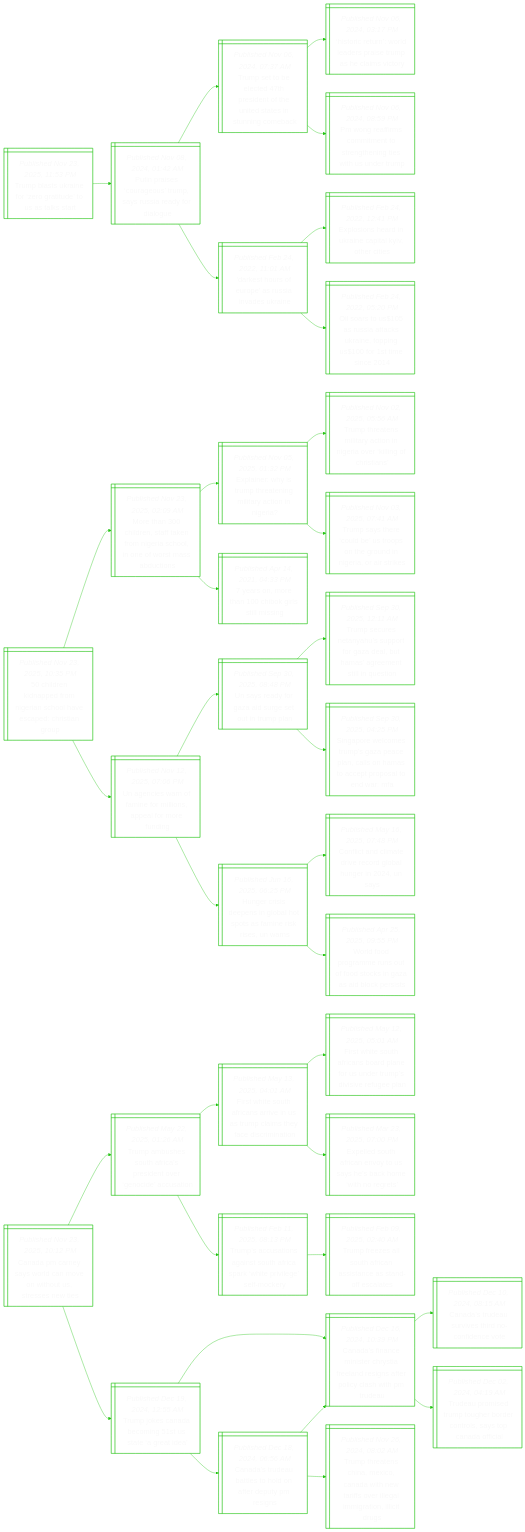
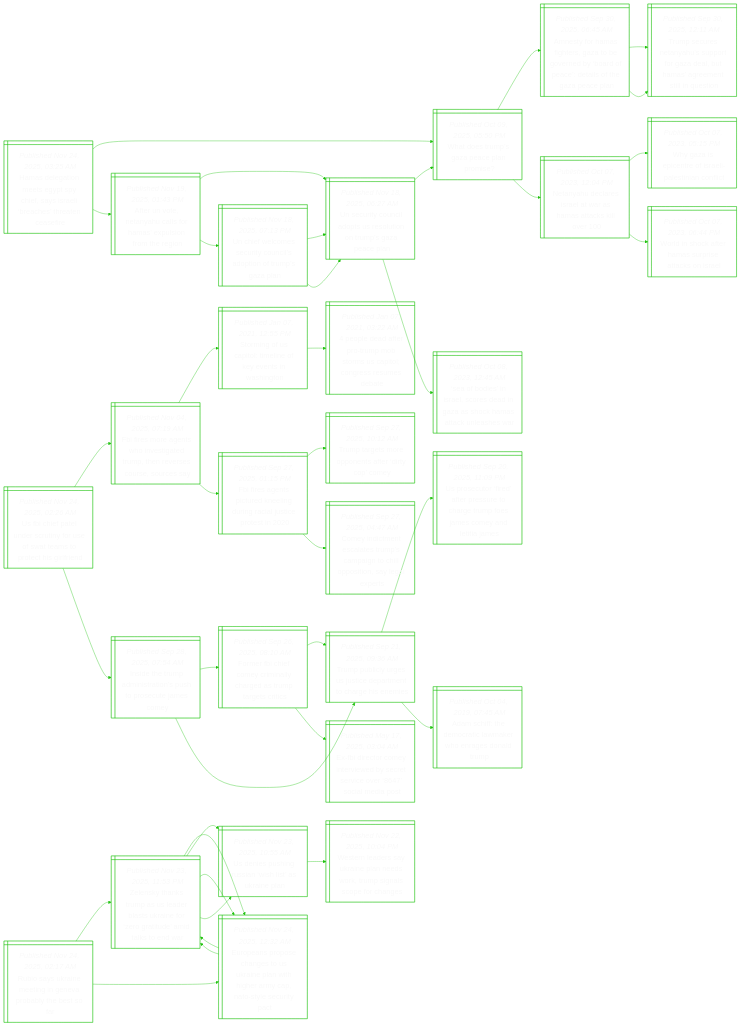
One commit to notJmes/notJmes changed the diagram in README.md. Above: the diagram before and after it, drawn with Mermaid. The commit also changed other lines of this file, not shown here.

````diff
--- a/README.md
+++ b/README.md
@@ -16,112 +16,124 @@
 flowchart LR
 classDef txtsize font-size:20px;
 
-Tbsirgtots@{ shape: win-pane, label: "_Published Nov 23, 2025, 11:53 PM_
-Trump blasts ukraine for ‘zero gratitude’ to us as talks start" }
-Pperumsiddg@{ shape: win-pane, label: "_Published Nov 08, 2024, 01:42 AM_
-Putin praises ‘courageous’ trump, says russia ready for dialogue" }
-TsbchioUdetne@{ shape: win-pane, label: "_Published Nov 06, 2024, 07:37 AM_
-Trump set to be elected 47th president of the united states in stunning comeback" }
-Hrtoessmemt@{ shape: win-pane, label: "_Published Nov 06, 2024, 03:17 PM_
-‘historic return’: world leaders praise trump as he claims victory" }
-PgfctteetiuT@{ shape: win-pane, label: "_Published Nov 06, 2024, 08:59 PM_
-Pm wong reaffirms commitment to strengthening ties with us under trump" }
-DsruasvUn@{ shape: win-pane, label: "_Published Feb 24, 2022, 11:01 AM_
-'darkest hours of europe' as russia invades ukraine" }
-Eshiaalocs@{ shape: win-pane, label: "_Published Feb 24, 2022, 12:41 PM_
-Explosions heard in ukraine capital kyiv, other cities" }
-OaUuakaogrmc@{ shape: win-pane, label: "_Published Feb 24, 2022, 05:20 PM_
-Oil soars to us$105 as russia attacks ukraine, topping us$100 for 1st time since 2014" }
-
-Tbsirgtots:::txtsize --> Pperumsiddg:::txtsize
-Pperumsiddg:::txtsize --> TsbchioUdetne:::txtsize
-TsbchioUdetne:::txtsize --> Hrtoessmemt:::txtsize
-TsbchioUdetne:::txtsize --> PgfctteetiuT:::txtsize
-Pperumsiddg:::txtsize --> DsruasvUn:::txtsize
-DsruasvUn:::txtsize --> Eshiaalocs:::txtsize
-DsruasvUn:::txtsize --> OaUuakaogrmc:::txtsize
-
-crdemrchsdsg@{ shape: win-pane, label: "_Published Nov 23, 2025, 10:35 PM_
-50 children kidnapped from nigerian school have escaped: christian group" }
-MhinfnNioowmbi@{ shape: win-pane, label: "_Published Nov 23, 2025, 02:09 AM_
-More than 300 children, staff taken from nigeria school, in one of worst mass abductions" }
-Eihrhematnr@{ shape: win-pane, label: "_Published Nov 05, 2025, 01:32 PM_
-Explainer: why is trump threatening military action in nigeria?" }
-TttiriNiriCt@{ shape: win-pane, label: "_Published Nov 02, 2025, 05:56 AM_
-Trump threatens military action in nigeria over ‘killing of christians’" }
-Tshoeonrierts@{ shape: win-pane, label: "_Published Nov 03, 2025, 07:41 AM_
-Trump says there ‘could be’ us troops on the ground in nigeria, or air strikes" }
-yoeCksli@{ shape: win-pane, label: "_Published Apr 14, 2021, 04:33 PM_
-7 years on, more than 100 chibok girls still missing" }
-Unwfnmopoei@{ shape: win-pane, label: "_Published Nov 12, 2025, 07:06 PM_
-Un agencies warn of famine for millions, appeal for more funding" }
-Usyadeurl@{ shape: win-pane, label: "_Published Sep 30, 2025, 08:48 PM_
-Un says ready for gaza aid surge set out in trump plan" }
+HdamEsiyareecf@{ shape: win-pane, label: "_Published Nov 24, 2025, 03:25 AM_
+Hamas delegation meets egypt spy chief, says israeli ‘breaches’ threaten ceasefire" }
+Wouaaam@{ shape: win-pane, label: "_Published Oct 09, 2025, 05:50 PM_
+What does trump’s gaza peace plan promise?" }
+AtHfezerydatoGel@{ shape: win-pane, label: "_Published Sep 30, 2025, 06:45 AM_
+Amnesty for hamas fighters, gaza to be governed by ‘board of peace’: details of the gaza peace plan" }
 Tseaupoabmrnluo@{ shape: win-pane, label: "_Published Sep 30, 2025, 12:11 AM_
 Trump secures netanyahu’s support for gaza deal, but hamas’ agreement still in question" }
-Speemzcnsmatooa@{ shape: win-pane, label: "_Published Sep 30, 2025, 04:25 PM_
-Singapore welcomes trump’s gaza peace plan, calls on hamas to accept proposal to end war: mfa" }
-Hripnasaisea@{ shape: win-pane, label: "_Published Jun 16, 2025, 06:25 PM_
-Hunger crisis deepens in global hot spots as famine risk rises, un warns" }
-Cidaiclhrs@{ shape: win-pane, label: "_Published May 16, 2025, 07:48 PM_
-Conflict and climate drive record global hunger in 2024, un says" }
-WFrmnodkaaors@{ shape: win-pane, label: "_Published Apr 25, 2025, 09:55 PM_
-World food programme runs out of food stocks in gaza as aid block persists" }
+Tseaupoabmrnluo@{ shape: win-pane, label: "_Published Sep 30, 2025, 12:11 AM_
+Trump secures netanyahu’s support for gaza deal, but hamas’ agreement still in question" }
+NyeeawHakl@{ shape: win-pane, label: "_Published Oct 07, 2023, 12:04 PM_
+Netanyahu declares israel at war as hamas attacks kill over 100" }
+WzptIleint@{ shape: win-pane, label: "_Published Oct 07, 2023, 05:15 PM_
+Why gaza is epicentre of israeli-palestinian conflict" }
+Wiceapaks@{ shape: win-pane, label: "_Published Oct 07, 2023, 06:44 PM_
+World in shock after hamas surprise attacks on israel" }
+AUencfmpome@{ shape: win-pane, label: "_Published Nov 19, 2025, 01:43 PM_
+After un vote, netanyahu calls for hamas’ expulsion from the region" }
+UuCipruomzcn@{ shape: win-pane, label: "_Published Nov 18, 2025, 06:27 AM_
+Un security council adopts us resolution on trump’s gaza peace plan" }
+Wouaaam@{ shape: win-pane, label: "_Published Oct 09, 2025, 05:50 PM_
+What does trump’s gaza peace plan promise?" }
+Sbsrcdnacaale@{ shape: win-pane, label: "_Published Oct 08, 2023, 12:45 AM_
+‘sea of bodies’ in israel, scores dead in gaza as shock hamas attack unleashes war" }
+UecSiustfpa@{ shape: win-pane, label: "_Published Nov 18, 2025, 07:13 PM_
+Un chief welcomes security council’s adoption of trump’s gaza plan" }
+UuCipruomzcn@{ shape: win-pane, label: "_Published Nov 18, 2025, 06:27 AM_
+Un security council adopts us resolution on trump’s gaza peace plan" }
+UuCipruomzcn@{ shape: win-pane, label: "_Published Nov 18, 2025, 06:27 AM_
+Un security council adopts us resolution on trump’s gaza peace plan" }
 
-crdemrchsdsg:::txtsize --> MhinfnNioowmbi:::txtsize
-MhinfnNioowmbi:::txtsize --> Eihrhematnr:::txtsize
-Eihrhematnr:::txtsize --> TttiriNiriCt:::txtsize
-Eihrhematnr:::txtsize --> Tshoeonrierts:::txtsize
-MhinfnNioowmbi:::txtsize --> yoeCksli:::txtsize
-crdemrchsdsg:::txtsize --> Unwfnmopoei:::txtsize
-Unwfnmopoei:::txtsize --> Usyadeurl:::txtsize
-Usyadeurl:::txtsize --> Tseaupoabmrnluo:::txtsize
-Usyadeurl:::txtsize --> Speemzcnsmatooa:::txtsize
-Unwfnmopoei:::txtsize --> Hripnasaisea:::txtsize
-Hripnasaisea:::txtsize --> Cidaiclhrs:::txtsize
-Hripnasaisea:::txtsize --> WFrmnodkaaors:::txtsize
+HdamEsiyareecf:::txtsize --> Wouaaam:::txtsize
+Wouaaam:::txtsize --> AtHfezerydatoGel:::txtsize
+AtHfezerydatoGel:::txtsize --> Tseaupoabmrnluo:::txtsize
+AtHfezerydatoGel:::txtsize --> Tseaupoabmrnluo:::txtsize
+Wouaaam:::txtsize --> NyeeawHakl:::txtsize
+NyeeawHakl:::txtsize --> WzptIleint:::txtsize
+NyeeawHakl:::txtsize --> Wiceapaks:::txtsize
+HdamEsiyareecf:::txtsize --> AUencfmpome:::txtsize
+AUencfmpome:::txtsize --> UuCipruomzcn:::txtsize
+UuCipruomzcn:::txtsize --> Wouaaam:::txtsize
+UuCipruomzcn:::txtsize --> Sbsrcdnacaale:::txtsize
+AUencfmpome:::txtsize --> UecSiustfpa:::txtsize
+UecSiustfpa:::txtsize --> UuCipruomzcn:::txtsize
+UecSiustfpa:::txtsize --> UuCipruomzcn:::txtsize
 
-CararnohSses@{ shape: win-pane, label: "_Published Nov 23, 2025, 10:12 PM_
-Canada pm carney says world can move on without us, stresses new ties" }
-Tahurpdvnesn@{ shape: win-pane, label: "_Published May 22, 2025, 01:26 AM_
-Trump ambushes south africa’s president over ‘genocide’ accusation" }
-FwSAarnTcsfimi@{ shape: win-pane, label: "_Published May 13, 2025, 04:01 AM_
-First white south africans arrive in us as trump claims they face discrimination" }
-FwSAaaarduivul@{ shape: win-pane, label: "_Published May 12, 2025, 05:01 AM_
-First white south africans board plane for us under trump’s divisive refugee plan" }
-Eluretashirt@{ shape: win-pane, label: "_Published Mar 23, 2025, 07:00 PM_
-Expelled south african envoy to us says he’s back home ‘with no regrets’" }
-Tssniofswplec@{ shape: win-pane, label: "_Published Feb 11, 2025, 08:13 PM_
-Trump’s accusations against south africa spark ‘white privilege’ self-mockery" }
-TfeSAaictfas@{ shape: win-pane, label: "_Published Feb 09, 2025, 02:40 AM_
-Trump freezes all south african assistance as stand-off escalates" }
-TjCamtard@{ shape: win-pane, label: "_Published Dec 19, 2024, 12:55 AM_
-Trump jokes canada becoming 51st us state ‘a great idea’" }
-CaaieyFasapyhPd@{ shape: win-pane, label: "_Published Dec 16, 2024, 10:39 PM_
-Canada’s finance minister chrystia freeland resigns after policy clash with pm trudeau" }
-Cadueroeo@{ shape: win-pane, label: "_Published Dec 10, 2024, 08:15 AM_
-Canada’s trudeau survives third no-confidence vote" }
-TamTtednstnfa@{ shape: win-pane, label: "_Published Dec 02, 2024, 04:19 AM_
-Trudeau promised trump tougher border controls, says top canada official" }
-CadaslfePi@{ shape: win-pane, label: "_Published Dec 18, 2024, 06:56 AM_
-Canada’s trudeau battles to hold on after deputy pm resigns" }
-CaaieyFasapyhPd@{ shape: win-pane, label: "_Published Dec 16, 2024, 10:39 PM_
-Canada’s finance minister chrystia freeland resigns after policy clash with pm trudeau" }
-TttheCanrollgoir@{ shape: win-pane, label: "_Published Nov 26, 2024, 08:02 AM_
-Trump threatens china, mexico, canada with new tariffs over illegal immigration, illicit drugs" }
+UcPusirftttiln@{ shape: win-pane, label: "_Published Nov 24, 2025, 02:26 AM_
+Us fbi chief patel under scrutiny for use of swat teams to protect his girlfriend" }
+Frrnostueececy@{ shape: win-pane, label: "_Published Nov 04, 2025, 07:19 AM_
+Fbi fires more agents who investigated trump, then reverses course, sources say" }
+SiUiinenWn@{ shape: win-pane, label: "_Published Jan 07, 2021, 12:55 PM_
+Storming of us capitol: timeline of key events in washington" }
+peapubmalrest@{ shape: win-pane, label: "_Published Jan 07, 2021, 03:22 AM_
+4 people dead after pro-trump mob storms us capitol; congress resumes debate" }
+Freieedgatrt@{ shape: win-pane, label: "_Published Sep 27, 2025, 01:15 PM_
+Fbi fires agents pictured kneeling during racial justice protest in 2020" }
+Tttenadcm@{ shape: win-pane, label: "_Published Sep 27, 2025, 10:12 AM_
+Trump targets more opponents after ‘dirty cop’ comey" }
+Citearcicoisgp@{ shape: win-pane, label: "_Published Sep 27, 2025, 04:47 AM_
+Comey indictment escalates trump’s campaign to chill opposition, say legal experts" }
+Ierdsiupcao@{ shape: win-pane, label: "_Published Sep 28, 2025, 07:54 AM_
+Inside the trump administration’s push to prosecute james comey" }
+Frhorahdurcc@{ shape: win-pane, label: "_Published Sep 26, 2025, 08:10 AM_
+Former fbi chief comey criminally charged as trump targets critics" }
+TpcgJcanhhe@{ shape: win-pane, label: "_Published Sep 21, 2025, 09:36 AM_
+Trump publicly urges us justice department to charge his enemies" }
+Edtmteyevvceo@{ shape: win-pane, label: "_Published May 17, 2025, 03:04 AM_
+Ex-fbi director comey interviewed by secret service over ‘8647’ social media post" }
+TpcgJcanhhe@{ shape: win-pane, label: "_Published Sep 21, 2025, 09:36 AM_
+Trump publicly urges us justice department to charge his enemies" }
+UsoeestrueeeLie@{ shape: win-pane, label: "_Published Sep 20, 2025, 11:09 PM_
+Us prosecutor ‘fired’ after pressure to charge trump foes james comey and letitia james" }
+AcTmtwrnslm@{ shape: win-pane, label: "_Published Oct 04, 2019, 07:45 AM_
+Adam schiff: the democratic lawmaker who enrages donald trump" }
 
-CararnohSses:::txtsize --> Tahurpdvnesn:::txtsize
-Tahurpdvnesn:::txtsize --> FwSAarnTcsfimi:::txtsize
-FwSAarnTcsfimi:::txtsize --> FwSAaaarduivul:::txtsize
-FwSAarnTcsfimi:::txtsize --> Eluretashirt:::txtsize
-Tahurpdvnesn:::txtsize --> Tssniofswplec:::txtsize
-Tssniofswplec:::txtsize --> TfeSAaictfas:::txtsize
-CararnohSses:::txtsize --> TjCamtard:::txtsize
-TjCamtard:::txtsize --> CaaieyFasapyhPd:::txtsize
-CaaieyFasapyhPd:::txtsize --> Cadueroeo:::txtsize
-CaaieyFasapyhPd:::txtsize --> TamTtednstnfa:::txtsize
-TjCamtard:::txtsize --> CadaslfePi:::txtsize
-CadaslfePi:::txtsize --> CaaieyFasapyhPd:::txtsize
-CadaslfePi:::txtsize --> TttheCanrollgoir:::txtsize
+UcPusirftttiln:::txtsize --> Frrnostueececy:::txtsize
+Frrnostueececy:::txtsize --> SiUiinenWn:::txtsize
+SiUiinenWn:::txtsize --> peapubmalrest:::txtsize
+Frrnostueececy:::txtsize --> Freieedgatrt:::txtsize
+Freieedgatrt:::txtsize --> Tttenadcm:::txtsize
+Freieedgatrt:::txtsize --> Citearcicoisgp:::txtsize
+UcPusirftttiln:::txtsize --> Ierdsiupcao:::txtsize
+Ierdsiupcao:::txtsize --> Frhorahdurcc:::txtsize
+Frhorahdurcc:::txtsize --> TpcgJcanhhe:::txtsize
+Frhorahdurcc:::txtsize --> Edtmteyevvceo:::txtsize
+Ierdsiupcao:::txtsize --> TpcgJcanhhe:::txtsize
+TpcgJcanhhe:::txtsize --> UsoeestrueeeLie:::txtsize
+TpcgJcanhhe:::txtsize --> AcTmtwrnslm:::txtsize
+
+RskeiGaahtr@{ shape: win-pane, label: "_Published Nov 24, 2025, 02:17 AM_
+Rubio says ukraine meeting in geneva probably the best so far" }
+ZsarsalUnzruikn@{ shape: win-pane, label: "_Published Nov 23, 2025, 11:53 PM_
+Zelensky thanks trump as us leader blasts ukraine for ‘zero gratitude’ amid talks to end war" }
+EeregUalthmNtett@{ shape: win-pane, label: "_Published Nov 24, 2025, 12:32 AM_
+Europeans propose changes to us ukraine plan with higher army cap, nato-style security pact" }
+ZsarsalUnzruikn@{ shape: win-pane, label: "_Published Nov 23, 2025, 11:53 PM_
+Zelensky thanks trump as us leader blasts ukraine for ‘zero gratitude’ amid talks to end war" }
+UisRahaal@{ shape: win-pane, label: "_Published Nov 23, 2025, 10:55 AM_
+Us denies pushing russian ‘wish list’ as ukraine plan" }
+Wrdaalermncon@{ shape: win-pane, label: "_Published Nov 22, 2025, 10:04 PM_
+Western leaders say ukraine plan needs work, trump signals scope for changes" }
+EeregUalthmNtett@{ shape: win-pane, label: "_Published Nov 24, 2025, 12:32 AM_
+Europeans propose changes to us ukraine plan with higher army cap, nato-style security pact" }
+ZsarsalUnzruikn@{ shape: win-pane, label: "_Published Nov 23, 2025, 11:53 PM_
+Zelensky thanks trump as us leader blasts ukraine for ‘zero gratitude’ amid talks to end war" }
+EeregUalthmNtett@{ shape: win-pane, label: "_Published Nov 24, 2025, 12:32 AM_
+Europeans propose changes to us ukraine plan with higher army cap, nato-style security pact" }
+UisRahaal@{ shape: win-pane, label: "_Published Nov 23, 2025, 10:55 AM_
+Us denies pushing russian ‘wish list’ as ukraine plan" }
+
+RskeiGaahtr:::txtsize --> ZsarsalUnzruikn:::txtsize
+ZsarsalUnzruikn:::txtsize --> EeregUalthmNtett:::txtsize
+EeregUalthmNtett:::txtsize --> ZsarsalUnzruikn:::txtsize
+ZsarsalUnzruikn:::txtsize --> UisRahaal:::txtsize
+UisRahaal:::txtsize --> Wrdaalermncon:::txtsize
+RskeiGaahtr:::txtsize --> EeregUalthmNtett:::txtsize
+EeregUalthmNtett:::txtsize --> ZsarsalUnzruikn:::txtsize
+ZsarsalUnzruikn:::txtsize --> EeregUalthmNtett:::txtsize
+ZsarsalUnzruikn:::txtsize --> UisRahaal:::txtsize
 
 ```
````
